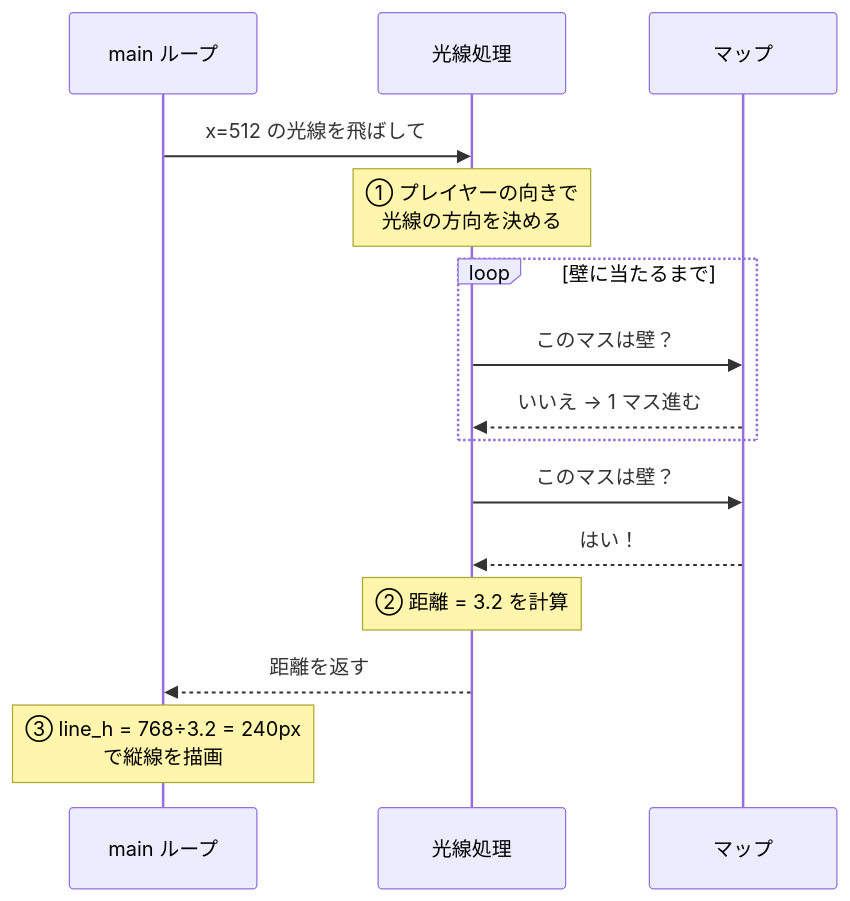
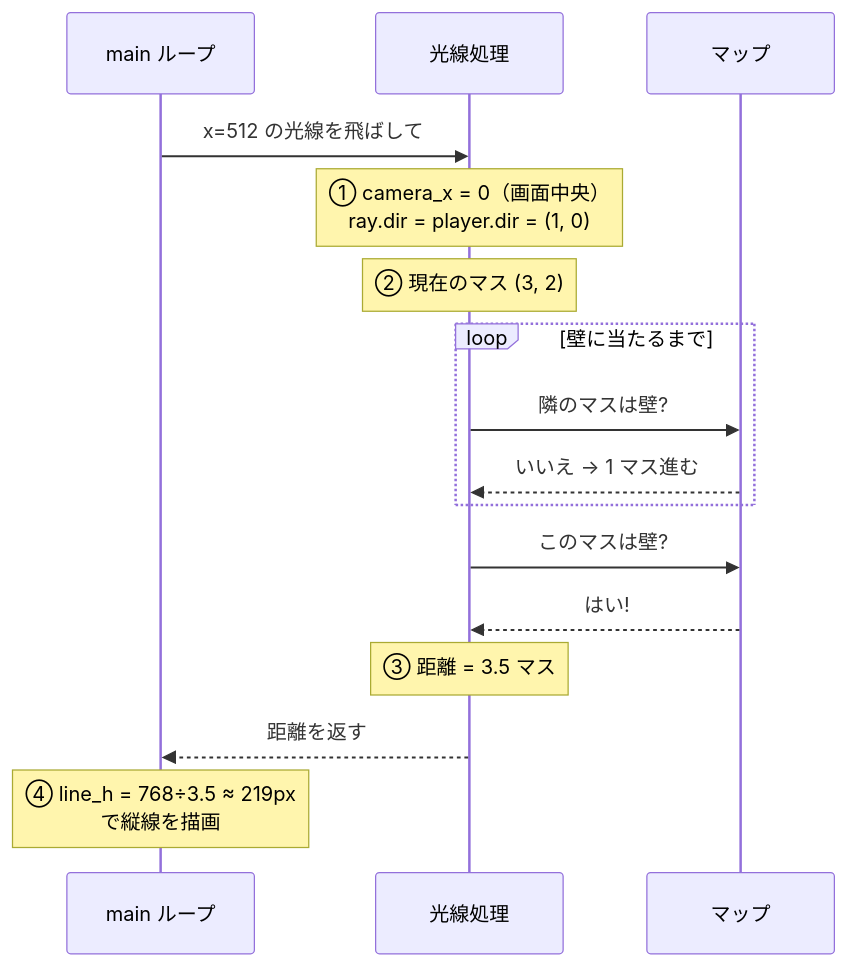
One commit to Tsunanko/cub3d-guide changed the sixth of 6 diagrams in docs/03-raycasting.md. Above: the diagram before and after it, drawn with Mermaid. The commit also changed other lines of this file and 5 other files, not shown here.

````diff
--- a/docs/03-raycasting.md
+++ b/docs/03-raycasting.md
@@ -117,18 +198,19 @@
 ```mermaid
 sequenceDiagram
     participant Main as main ループ
     participant Ray as 光線処理
     participant Map as マップ
 
     Main->>Ray: x=512 の光線を飛ばして
-    Note over Ray: ① プレイヤーの向きで<br>光線の方向を決める
+    Note over Ray: ① camera_x = 0（画面中央）<br>ray.dir = player.dir = (1, 0)
+    Note over Ray: ② 現在のマス (3, 2)
     loop 壁に当たるまで
-        Ray->>Map: このマスは壁？
+        Ray->>Map: 隣のマスは壁?
         Map-->>Ray: いいえ → 1 マス進む
     end
-    Ray->>Map: このマスは壁？
-    Map-->>Ray: はい！
-    Note over Ray: ② 距離 = 3.2 を計算
+    Ray->>Map: このマスは壁?
+    Map-->>Ray: はい!
+    Note over Ray: ③ 距離 = 3.5 マス
     Ray-->>Main: 距離を返す
-    Note over Main: ③ line_h = 768÷3.2 = 240px<br>で縦線を描画
+    Note over Main: ④ line_h = 768÷3.5 ≈ 219px<br>で縦線を描画
 ```
````
